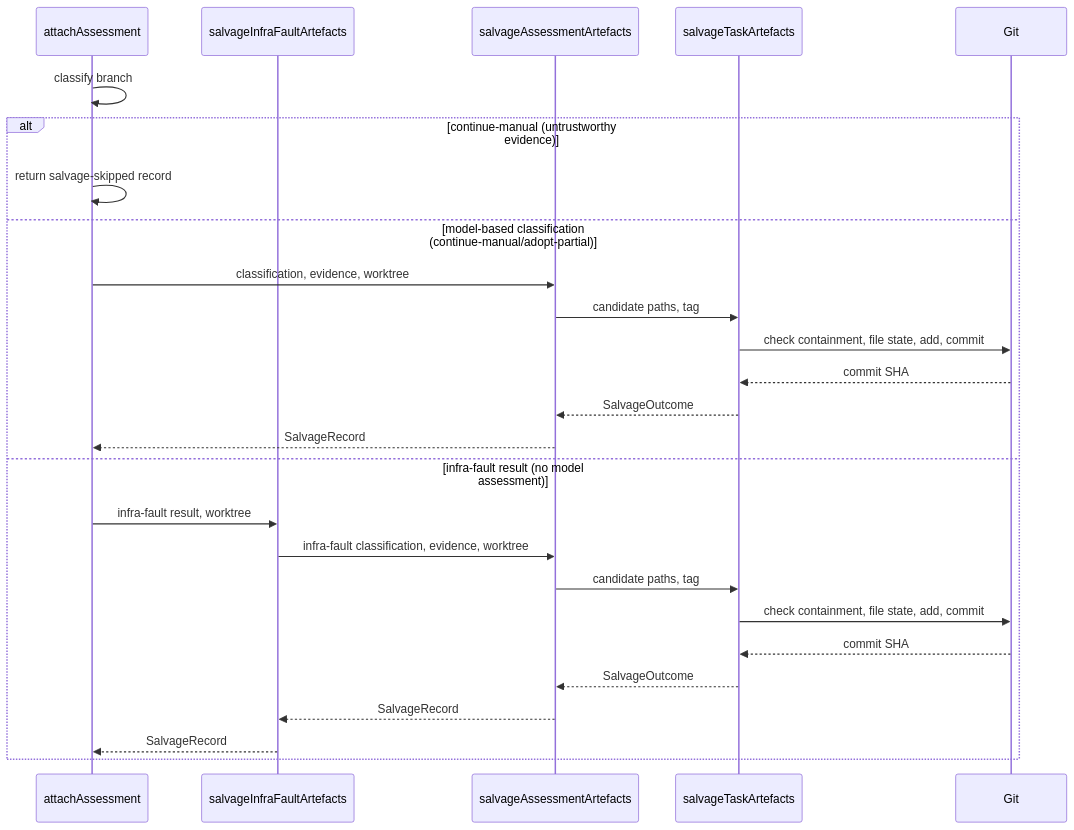
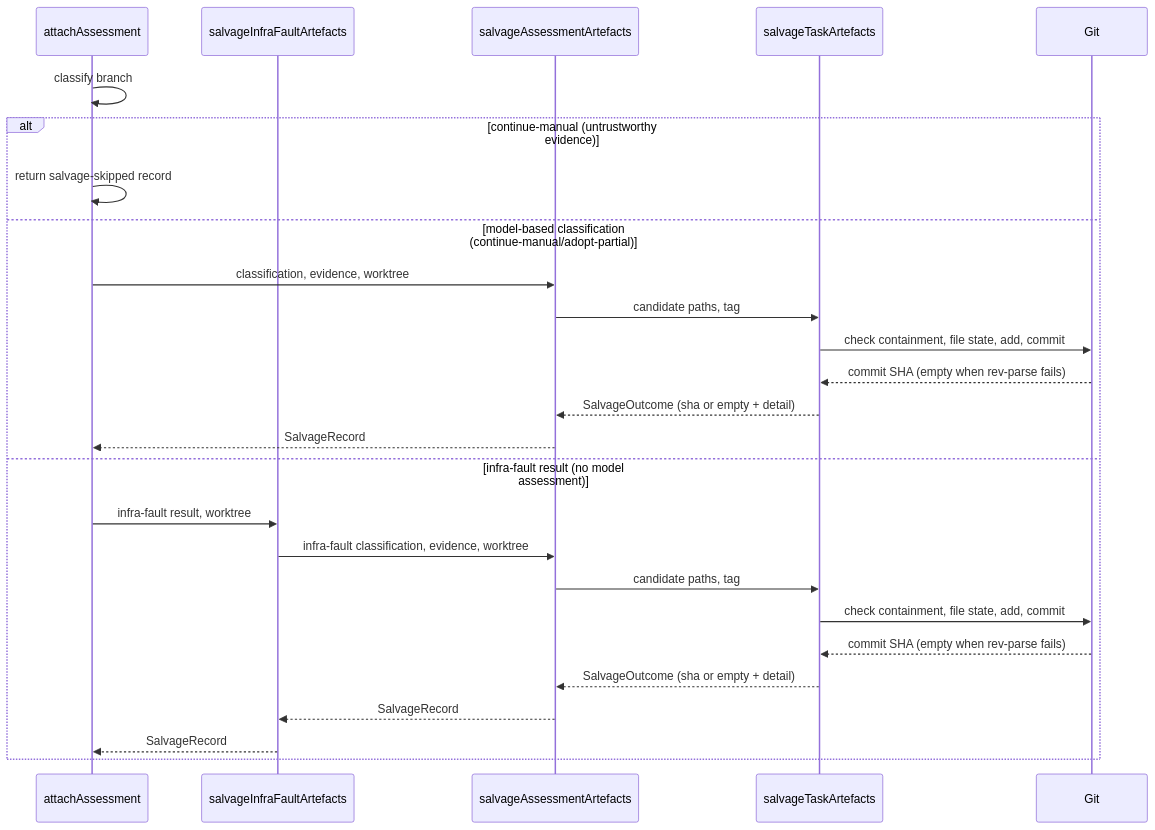
Before and after one commit to leynos/df12-build: the diagram in docs/adr-002-assess-partial-task-branches.md, drawn with Mermaid.

Commit message:
Show the conditional salvage commit SHA in Figure 1
The Mermaid diagram promised every successful salvage returned a commit
SHA, but salvageTaskArtefacts returns a SalvageOutcome whose sha is empty
when the post-commit `git rev-parse HEAD` fails (the reason recorded in
detail). Update the accDescr and both branch messages so the diagram
matches the SalvageOutcome contract: committed artefacts may come back
with an empty sha and a failure detail.

````diff
--- a/docs/adr-002-assess-partial-task-branches.md
+++ b/docs/adr-002-assess-partial-task-branches.md
@@ -107,48 +107,51 @@
 ```mermaid
 sequenceDiagram
   accTitle: Artefact salvage during partial-branch assessment
   accDescr {
     attachAssessment first classifies the failed task branch. When the
     classification is a deterministic continue-manual raised on untrustworthy
     host evidence, attachAssessment returns a salvage-skipped record without
     touching Git. For a model-based continue-manual or adopt-partial
     classification, attachAssessment calls salvageAssessmentArtefacts with the
     classification, the host evidence, and the worktree path. For an infra-fault
     result that never reaches the model, attachAssessment instead calls
     salvageInfraFaultArtefacts, which collects host evidence and delegates to
     salvageAssessmentArtefacts under the infra-fault classification. In both
     committing branches salvageAssessmentArtefacts calls salvageTaskArtefacts
     with the candidate artefact paths and a commit tag; salvageTaskArtefacts
     checks path containment and file state, then adds and commits the eligible
-    docs/execplans artefacts to Git, which returns the commit SHA.
-    salvageTaskArtefacts returns a SalvageOutcome, and salvageAssessmentArtefacts
-    wraps it as a SalvageRecord back to its caller — attachAssessment directly,
-    or via salvageInfraFaultArtefacts, which passes the record on.
+    docs/execplans artefacts to Git and reads the new commit SHA. It returns a
+    SalvageOutcome carrying the committed paths and that SHA — but if the
+    post-commit git rev-parse HEAD fails, the committed artefacts are still
+    returned with sha empty and the failure recorded in detail.
+    salvageAssessmentArtefacts wraps the SalvageOutcome as a SalvageRecord back
+    to its caller — attachAssessment directly, or via salvageInfraFaultArtefacts,
+    which passes the record on.
   }
   participant attachAssessment
   participant salvageInfraFaultArtefacts
   participant salvageAssessmentArtefacts
   participant salvageTaskArtefacts
   participant Git
 
   attachAssessment->>attachAssessment: classify branch
   alt continue-manual (untrustworthy evidence)
     attachAssessment->>attachAssessment: return salvage-skipped record
   else model-based classification (continue-manual/adopt-partial)
     attachAssessment->>salvageAssessmentArtefacts: classification, evidence, worktree
     salvageAssessmentArtefacts->>salvageTaskArtefacts: candidate paths, tag
     salvageTaskArtefacts->>Git: check containment, file state, add, commit
-    Git-->>salvageTaskArtefacts: commit SHA
-    salvageTaskArtefacts-->>salvageAssessmentArtefacts: SalvageOutcome
+    Git-->>salvageTaskArtefacts: commit SHA (empty when rev-parse fails)
+    salvageTaskArtefacts-->>salvageAssessmentArtefacts: SalvageOutcome (sha or empty + detail)
     salvageAssessmentArtefacts-->>attachAssessment: SalvageRecord
   else infra-fault result (no model assessment)
     attachAssessment->>salvageInfraFaultArtefacts: infra-fault result, worktree
     salvageInfraFaultArtefacts->>salvageAssessmentArtefacts: infra-fault classification, evidence, worktree
     salvageAssessmentArtefacts->>salvageTaskArtefacts: candidate paths, tag
     salvageTaskArtefacts->>Git: check containment, file state, add, commit
-    Git-->>salvageTaskArtefacts: commit SHA
-    salvageTaskArtefacts-->>salvageAssessmentArtefacts: SalvageOutcome
+    Git-->>salvageTaskArtefacts: commit SHA (empty when rev-parse fails)
+    salvageTaskArtefacts-->>salvageAssessmentArtefacts: SalvageOutcome (sha or empty + detail)
     salvageAssessmentArtefacts-->>salvageInfraFaultArtefacts: SalvageRecord
     salvageInfraFaultArtefacts-->>attachAssessment: SalvageRecord
   end
 ```
````
